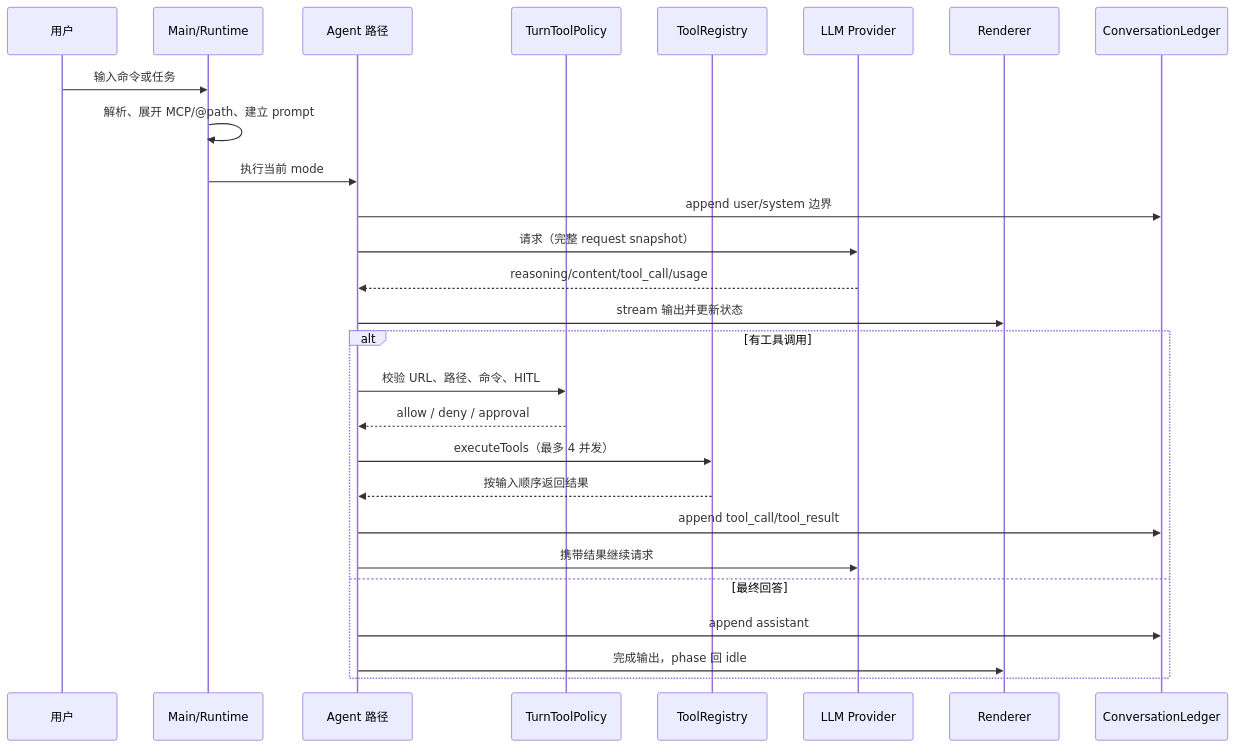
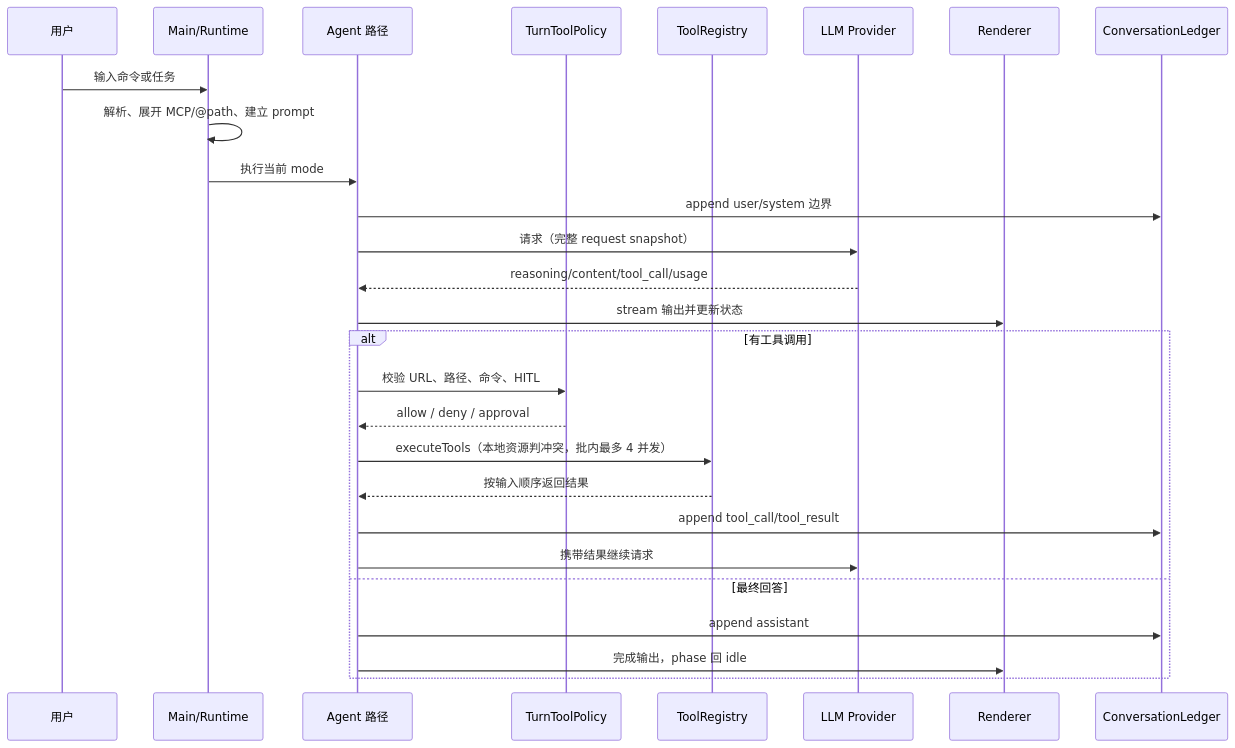
Before and after one commit to zgjdev/Code-Agent: the third of 3 diagrams in AGENTS.md, drawn with Mermaid. The commit also changed other lines of this file and 8 other files, not shown here.

````diff
--- a/AGENTS.md
+++ b/AGENTS.md
@@ -102,29 +102,29 @@
 ```mermaid
 sequenceDiagram
     participant U as 用户
     participant M as Main/Runtime
     participant A as Agent 路径
     participant P as TurnToolPolicy
     participant T as ToolRegistry
     participant L as LLM Provider
     participant R as Renderer
     participant C as ConversationLedger
     U->>M: 输入命令或任务
     M->>M: 解析、展开 MCP/@path、建立 prompt
     M->>A: 执行当前 mode
     A->>C: append user/system 边界
     A->>L: 请求（完整 request snapshot）
     L-->>A: reasoning/content/tool_call/usage
     A->>R: stream 输出并更新状态
     alt 有工具调用
         A->>P: 校验 URL、路径、命令、HITL
         P-->>A: allow / deny / approval
-        A->>T: executeTools（最多 4 并发）
+        A->>T: executeTools（本地资源判冲突，批内最多 4 并发）
         T-->>A: 按输入顺序返回结果
         A->>C: append tool_call/tool_result
         A->>L: 携带结果继续请求
     else 最终回答
         A->>C: append assistant
         A->>R: 完成输出，phase 回 idle
     end
 ```
````
